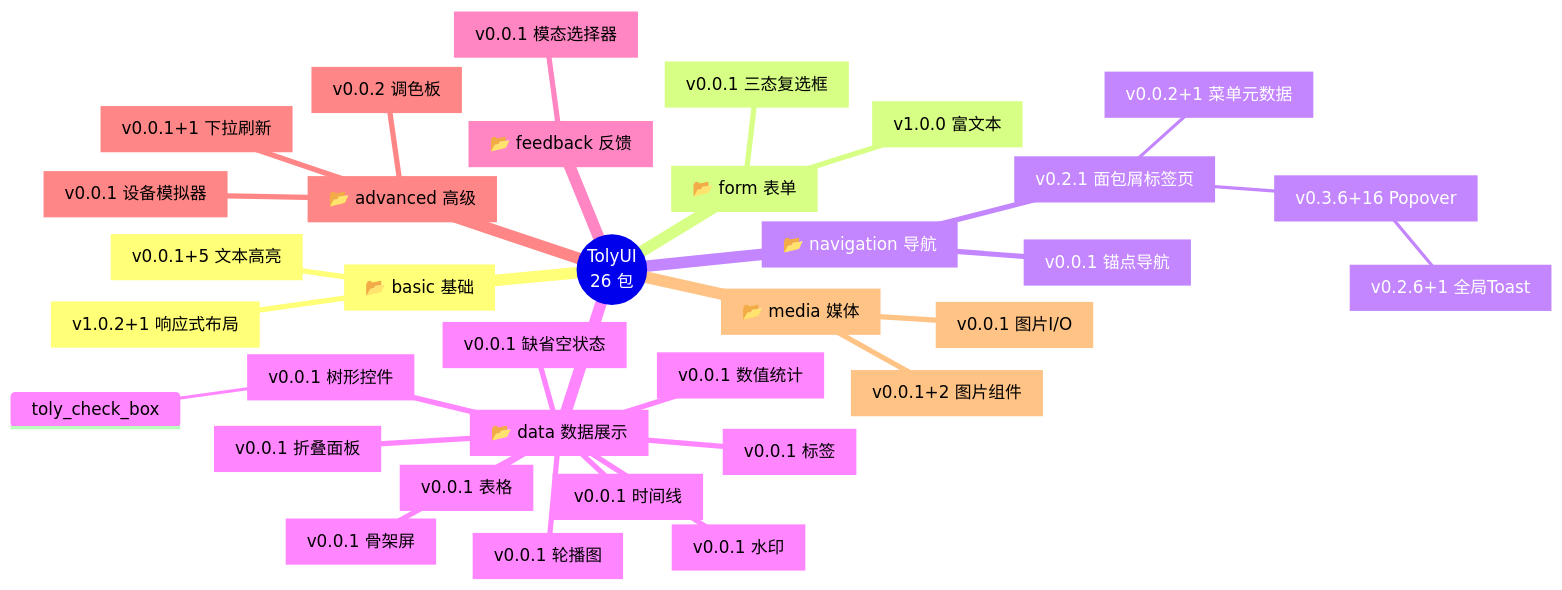
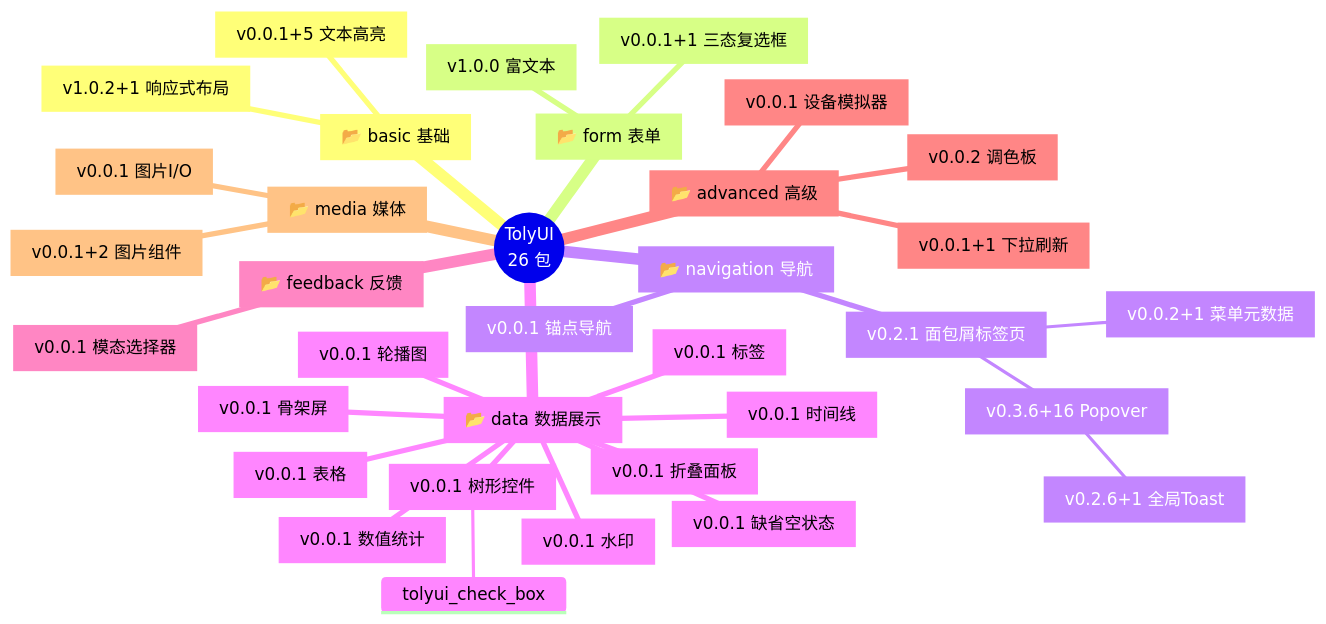
Before and after one commit to TolyFx/toly_ui: the diagram in docs/packages/README.md, drawn with Mermaid. The commit also changed other lines of this file and 55 other files, not shown here.

````diff
--- a/docs/packages/README.md
+++ b/docs/packages/README.md
@@ -10,37 +10,37 @@
 ```mermaid
 mindmap
   root((TolyUI<br/>26 包))
     basic[📂 basic 基础]
       tolyui_rx_layout[v1.0.2+1 响应式布局]
       tolyui_text[v0.0.1+5 文本高亮]
     form[📂 form 表单]
-      toly_check_box[v0.0.1 三态复选框]
+      tolyui_check_box[v0.0.1+1 三态复选框]
       tolyui_rich_input[v1.0.0 富文本]
     navigation[📂 navigation 导航]
       tolyui_anchor[v0.0.1 锚点导航]
       tolyui_navigation[v0.2.1 面包屑标签页]
         tolyui_feedback[v0.3.6+16 Popover]
           tolyui_message[v0.2.6+1 全局Toast]
         tolyui_meta[v0.0.2+1 菜单元数据]
     data[📂 data 数据展示]
       tolyui_carousel[v0.0.1 轮播图]
       tolyui_collapse[v0.0.1 折叠面板]
       tolyui_default[v0.0.1 缺省空状态]
       tolyui_skeleton[v0.0.1 骨架屏]
       tolyui_statistic[v0.0.1 数值统计]
       tolyui_table[v0.0.1 表格]
       tolyui_tag[v0.0.1 标签]
       tolyui_timeline[v0.0.1 时间线]
       tolyui_tree[v0.0.1 树形控件]
-        toly_check_box
+        tolyui_check_box
       tolyui_watermark[v0.0.1 水印]
     feedback[📂 feedback 反馈]
       tolyui_feedback_modal[v0.0.1 模态选择器]
     advanced[📂 advanced 高级]
       tolyui_color[v0.0.2 调色板]
       tolyui_debug[v0.0.1 设备模拟器]
       tolyui_refresh[v0.0.1+1 下拉刷新]
     media[📂 media 媒体]
       tolyui_image[v0.0.1+2 图片组件]
       toly_image_io[v0.0.1 图片I/O]
 ```
````
